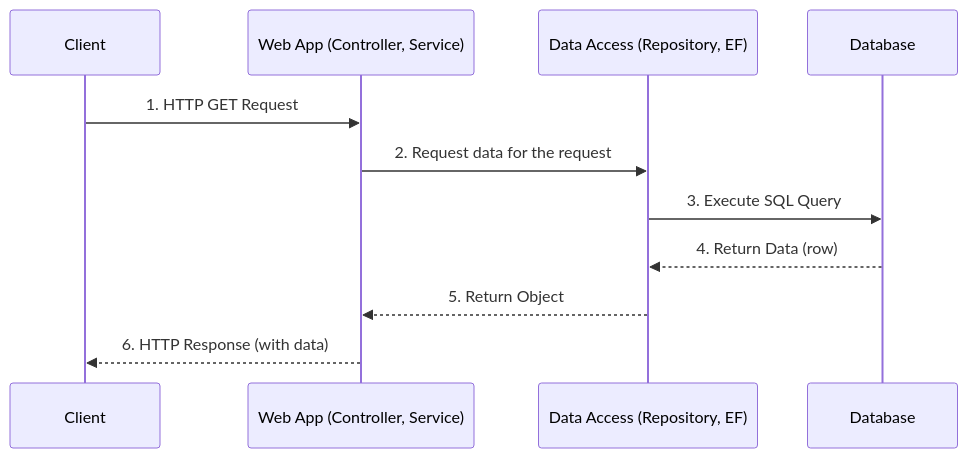
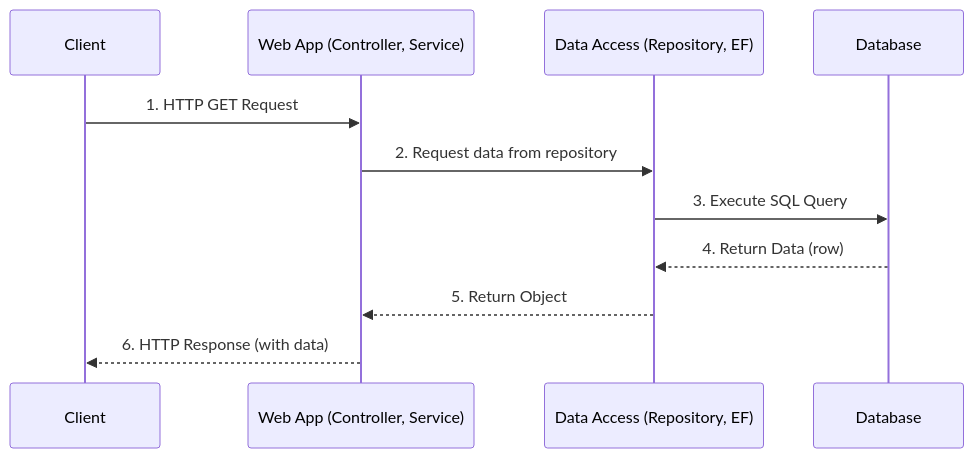
The diagram in docs/WebApp.md (horbunovaolena/ToDo), drawn with Mermaid before and after one commit.

````diff
--- a/docs/WebApp.md
+++ b/docs/WebApp.md
@@ -2,14 +2,14 @@
 ```mermaid
 sequenceDiagram
   participant B as Client
   participant WA as Web App (Controller, Service)
   participant DA as Data Access (Repository, EF)
   participant D as Database
 
   B->>WA: 1. HTTP GET Request
-  WA->>DA: 2. Request data for the request
+  WA->>DA: 2. Request data from repository
   DA->>D: 3. Execute SQL Query
   D-->>DA: 4. Return Data (row)
   DA-->>WA: 5. Return Object
   WA-->>B: 6. HTTP Response (with data)
 ```
````
